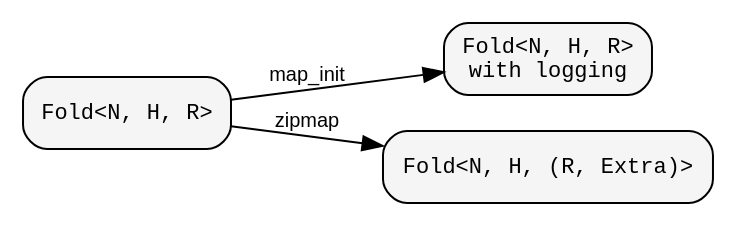
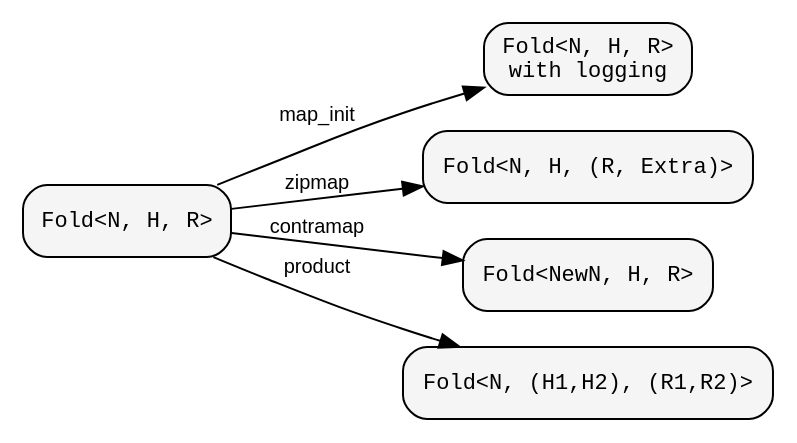
One commit to hylic-recursion/hylic-docs changed the second of 3 diagrams in book/src/design/core_composition.md. Above: the diagram before and after it, drawn with Graphviz. The commit also changed other lines of this file and 10 other files, not shown here.

First line of the commit message:
Docs overhaul: all pages reflect current architecture

````diff
--- a/book/src/design/core_composition.md
+++ b/book/src/design/core_composition.md
@@ -46,14 +46,18 @@
 ```dot process
 digraph {
     rankdir=LR;
     node [shape=box, style="rounded,filled", fillcolor="#f5f5f5", fontname="monospace", fontsize=11];
     edge [fontname="sans-serif", fontsize=10];
 
     F1 [label="Fold<N, H, R>"];
     F2 [label="Fold<N, H, R>\nwith logging"];
     F3 [label="Fold<N, H, (R, Extra)>"];
+    F4 [label="Fold<NewN, H, R>"];
+    F5 [label="Fold<N, (H1,H2), (R1,R2)>"];
 
     F1 -> F2 [label="map_init"];
     F1 -> F3 [label="zipmap"];
+    F1 -> F4 [label="contramap"];
+    F1 -> F5 [label="product"];
 }
 ```
````
